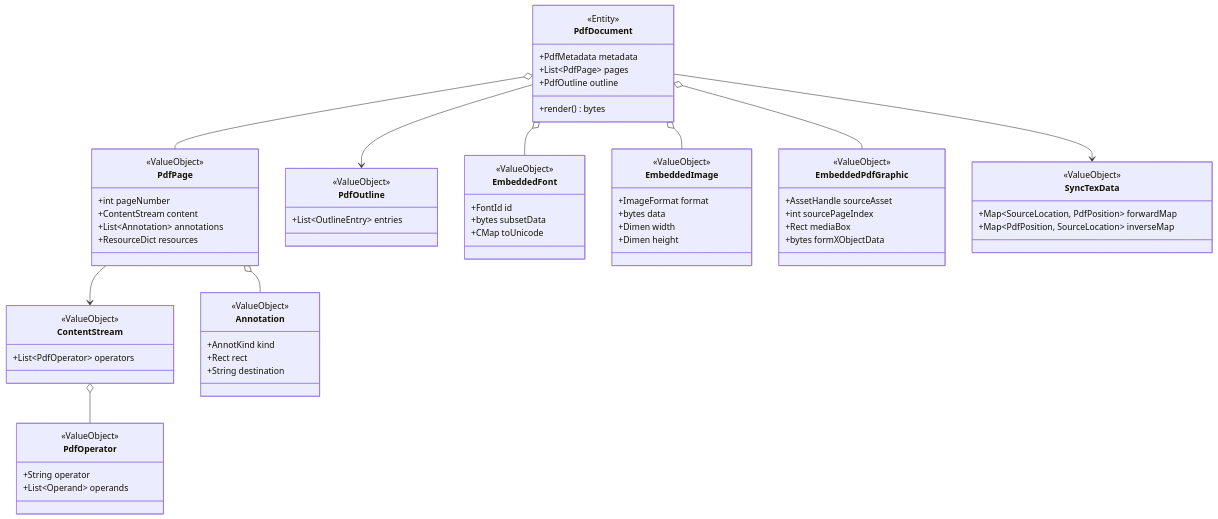
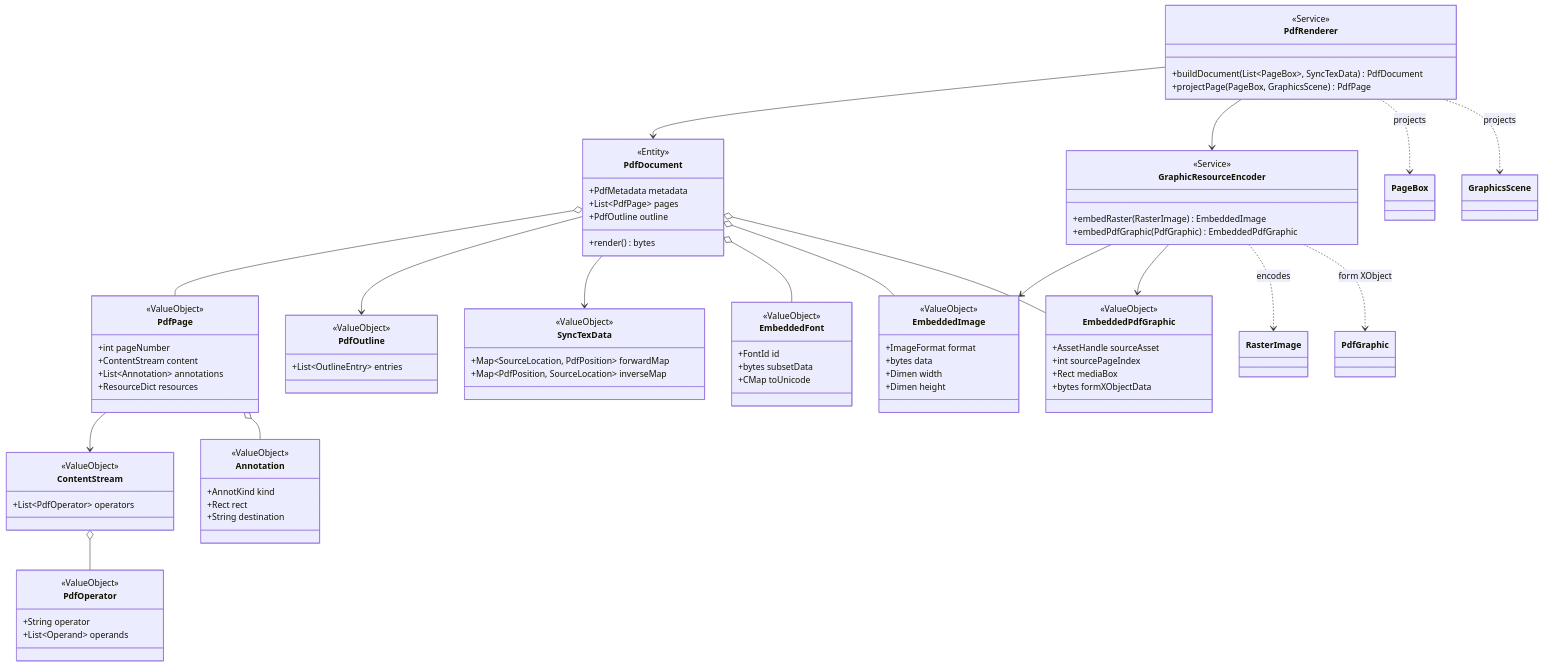
One commit to RK0429/ferritex changed the seventh of 12 diagrams in docs/domain_model.md. Above: the diagram before and after it, drawn with Mermaid. The commit also changed other lines of this file and 1 other file, not shown here.

````diff
--- a/docs/domain_model.md
+++ b/docs/domain_model.md
@@ -814,6 +830,11 @@
         +List~PdfPage~ pages
         +PdfOutline outline
         +render() bytes
+    }
+    class PdfRenderer {
+        <<Service>>
+        +buildDocument(List~PageBox~, SyncTexData) PdfDocument
+        +projectPage(PageBox, GraphicsScene) PdfPage
     }
     class PdfPage {
         <<ValueObject>>
@@ -861,12 +882,21 @@
         +Rect mediaBox
         +bytes formXObjectData
     }
+    class GraphicResourceEncoder {
+        <<Service>>
+        +embedRaster(RasterImage) EmbeddedImage
+        +embedPdfGraphic(PdfGraphic) EmbeddedPdfGraphic
+    }
     class SyncTexData {
         <<ValueObject>>
         +Map~SourceLocation, PdfPosition~ forwardMap
         +Map~PdfPosition, SourceLocation~ inverseMap
     }
 
+    PdfRenderer --> PdfDocument
+    PdfRenderer --> GraphicResourceEncoder
+    PdfRenderer ..> PageBox : projects
+    PdfRenderer ..> GraphicsScene : projects
     PdfDocument o-- PdfPage
     PdfDocument --> PdfOutline
     PdfDocument --> SyncTexData
@@ -876,4 +906,8 @@
     PdfDocument o-- EmbeddedFont
     PdfDocument o-- EmbeddedImage
     PdfDocument o-- EmbeddedPdfGraphic
+    GraphicResourceEncoder --> EmbeddedImage
+    GraphicResourceEncoder --> EmbeddedPdfGraphic
+    GraphicResourceEncoder ..> RasterImage : encodes
+    GraphicResourceEncoder ..> PdfGraphic : form XObject
 ```
````
